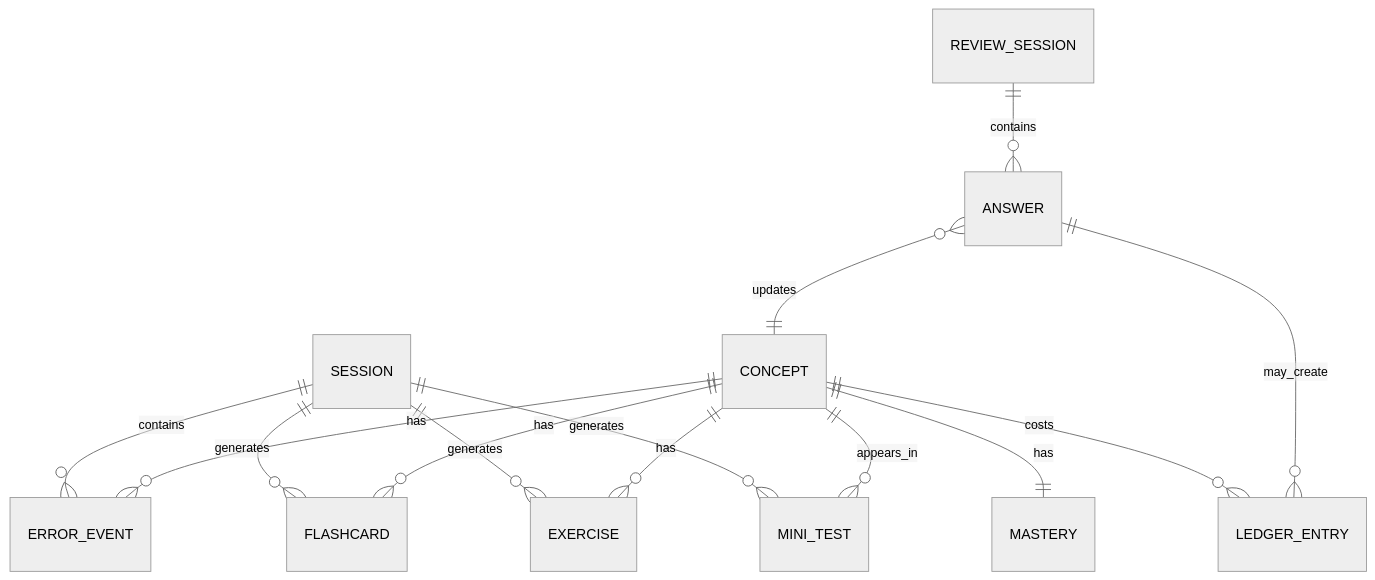
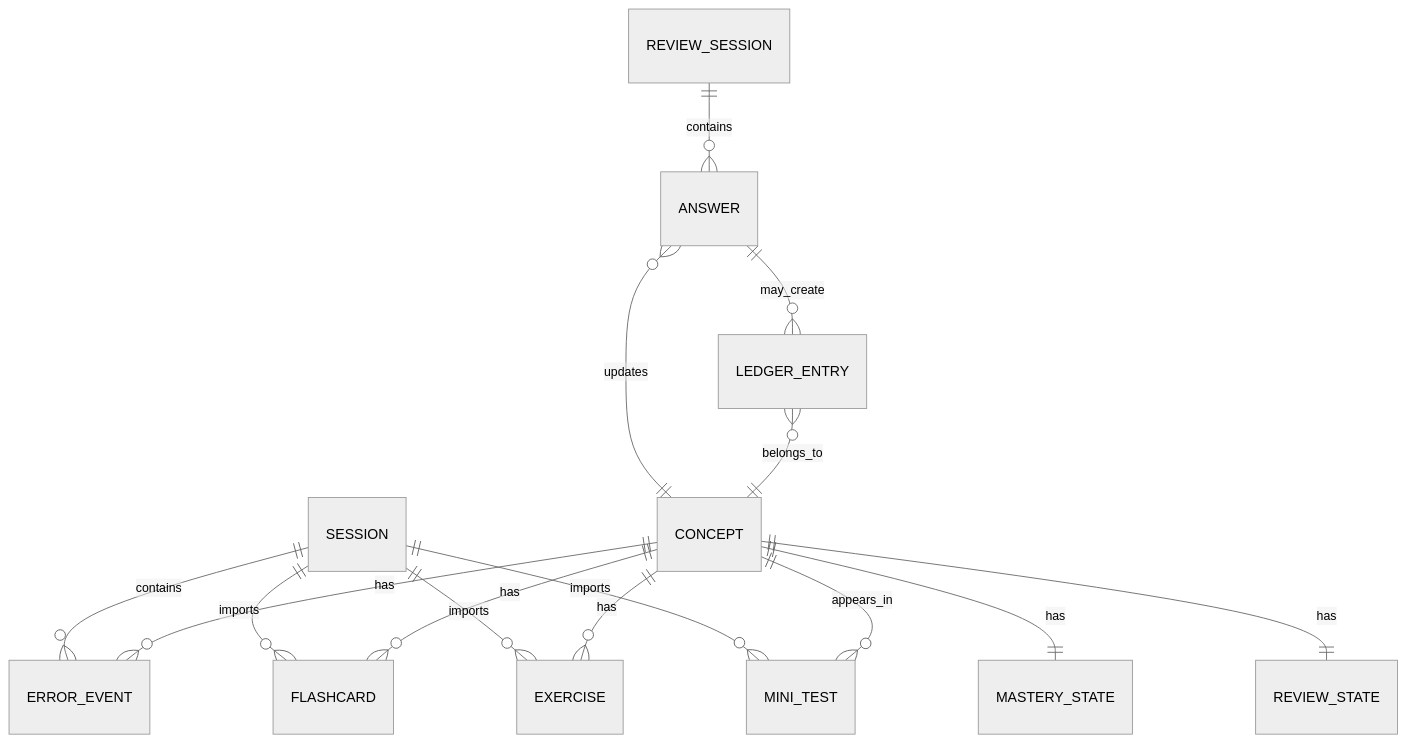
One commit to JuanRoBe3/zhongwenlock changed the diagram in docs/DATA_MODEL.md. Above: the diagram before and after it, drawn with Mermaid (neutral theme). The commit also changed other lines of this file and 2 other files, not shown here.

Commit message:
docs(architecture): align ingestion flow across technical docs

````diff
--- a/docs/DATA_MODEL.md
+++ b/docs/DATA_MODEL.md
@@ -240,18 +284,19 @@
 ```mermaid
 erDiagram
     SESSION ||--o{ ERROR_EVENT : contains
-    SESSION ||--o{ FLASHCARD : generates
-    SESSION ||--o{ EXERCISE : generates
-    SESSION ||--o{ MINI_TEST : generates
+    SESSION ||--o{ FLASHCARD : imports
+    SESSION ||--o{ EXERCISE : imports
+    SESSION ||--o{ MINI_TEST : imports
 
     CONCEPT ||--o{ ERROR_EVENT : has
     CONCEPT ||--o{ FLASHCARD : has
     CONCEPT ||--o{ EXERCISE : has
     CONCEPT ||--o{ MINI_TEST : appears_in
-    CONCEPT ||--|| MASTERY : has
-    CONCEPT ||--o{ LEDGER_ENTRY : costs
+    CONCEPT ||--|| MASTERY_STATE : has
+    CONCEPT ||--|| REVIEW_STATE : has
 
     REVIEW_SESSION ||--o{ ANSWER : contains
     ANSWER }o--|| CONCEPT : updates
     ANSWER ||--o{ LEDGER_ENTRY : may_create
+    LEDGER_ENTRY }o--|| CONCEPT : belongs_to
 ```
````
